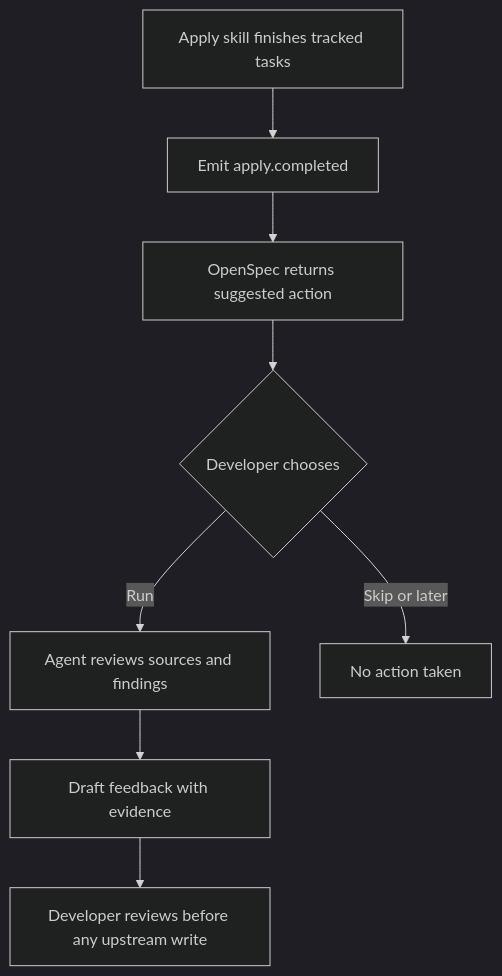
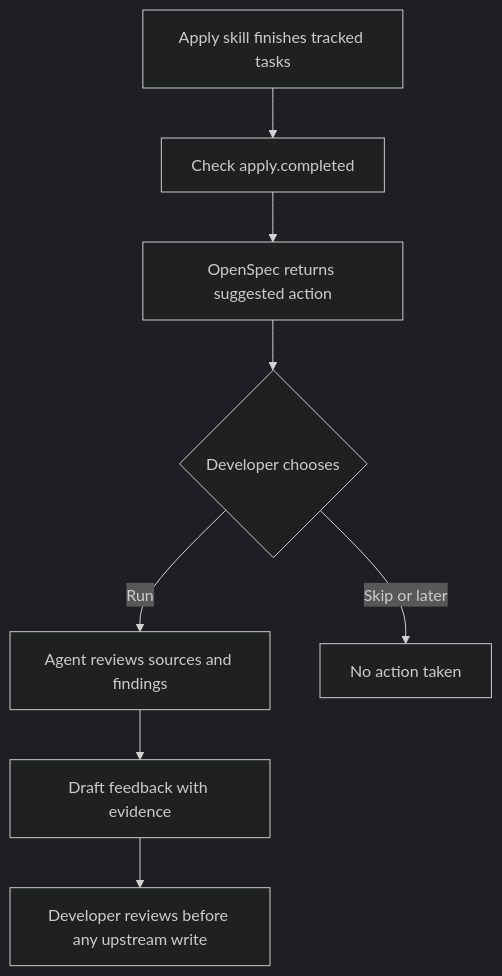
The second of 3 diagrams in openspec/projects/intent-and-lifecycle/lifecycle/lifecycle-checkpoints-launch.md (Fission-AI/OpenSpec), drawn with Mermaid (dark theme) before and after one commit. The commit also changed other lines of this file and 8 other files, not shown here.

````diff
--- a/openspec/projects/intent-and-lifecycle/lifecycle/lifecycle-checkpoints-launch.md
+++ b/openspec/projects/intent-and-lifecycle/lifecycle/lifecycle-checkpoints-launch.md
@@ -203,10 +299,10 @@
 ```mermaid
 flowchart TD
-  A[Apply skill finishes tracked tasks] --> B[Emit apply.completed]
+  A[Apply skill finishes tracked tasks] --> B[Check apply.completed]
   B --> C[OpenSpec returns suggested action]
   C --> D{Developer chooses}
   D -->|Run| E[Agent reviews sources and findings]
   D -->|Skip or later| F[No action taken]
   E --> G[Draft feedback with evidence]
   G --> H[Developer reviews before any upstream write]
 ```
````
